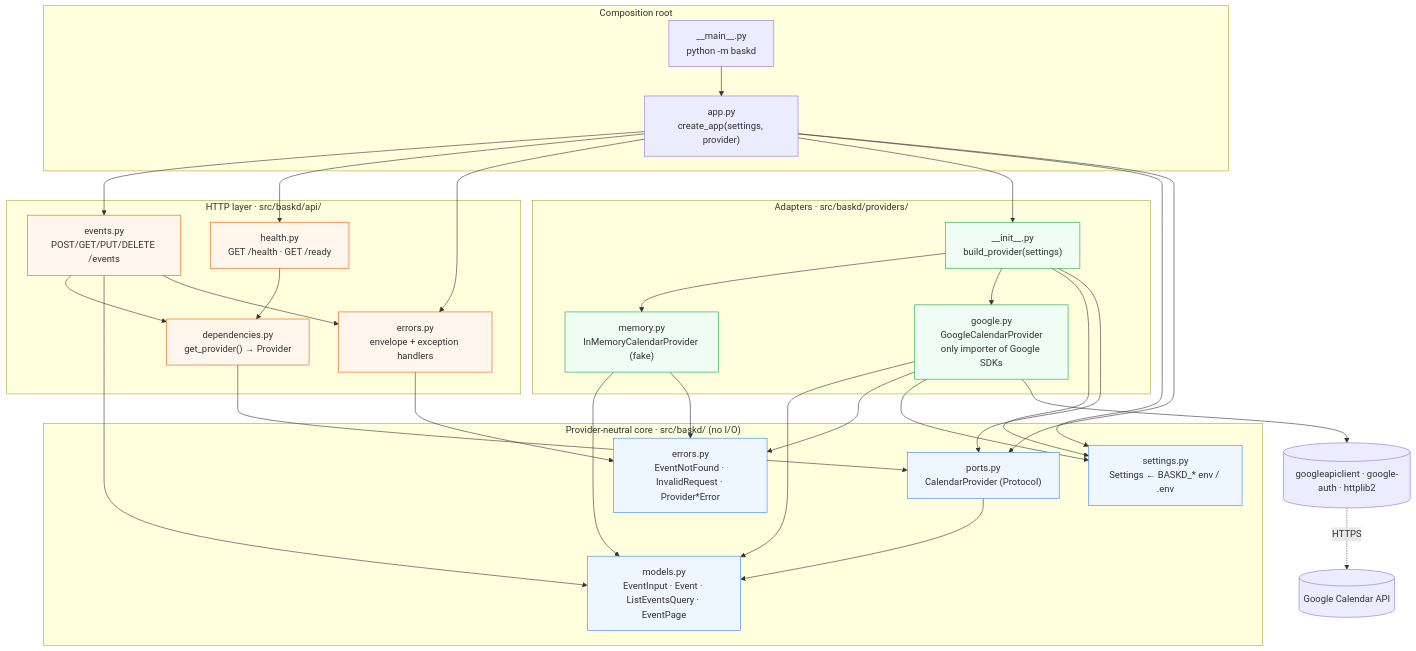
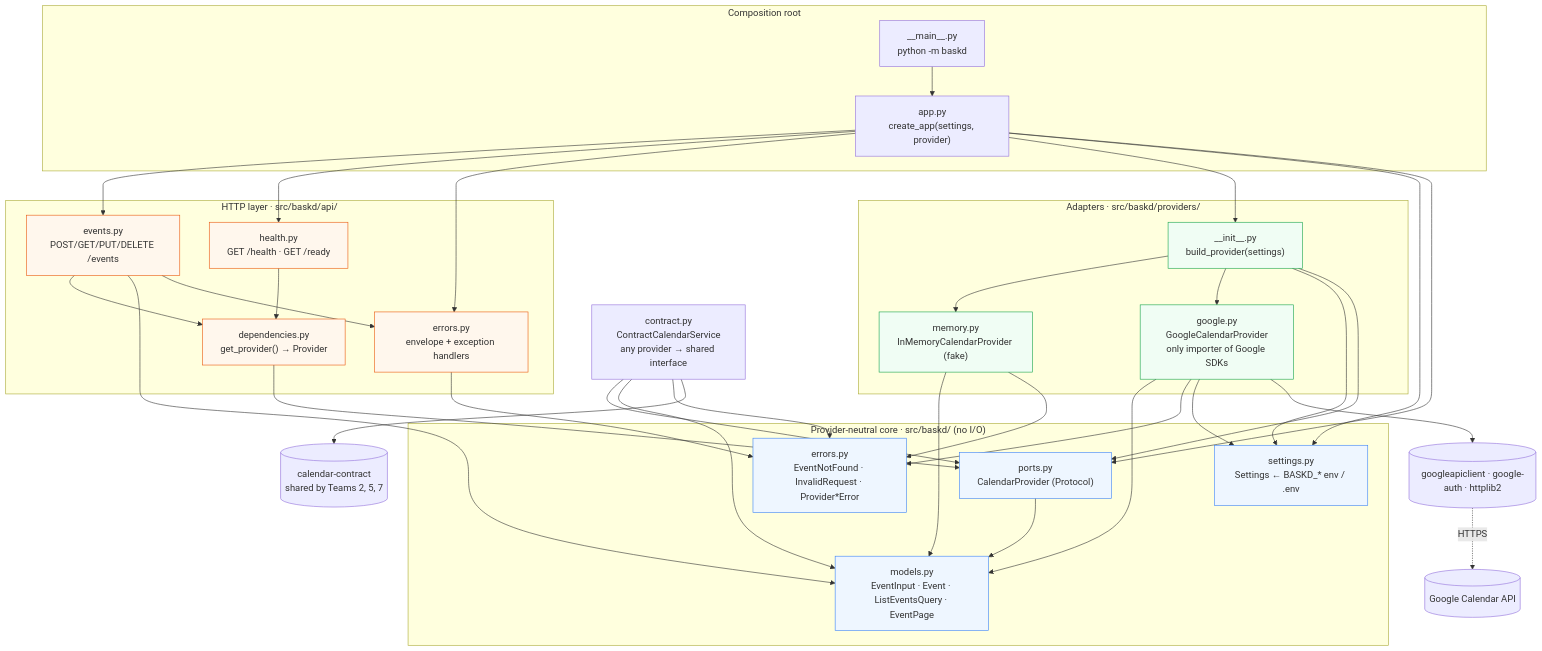
The first of 3 diagrams in docs/ARCHITECTURE.md (samthropic/BASKD), drawn with Mermaid before and after one commit. The commit also changed other lines of this file and 10 other files, not shown here.

First line of the commit message:
Adopt the shared calendar-contract package and its conformance suite (#38)

````diff
--- a/docs/ARCHITECTURE.md
+++ b/docs/ARCHITECTURE.md
@@ -19,49 +19,52 @@
 ```mermaid
 flowchart TB
     subgraph Root["Composition root"]
         Main["__main__.py<br/>python -m baskd"]
         App["app.py<br/>create_app(settings, provider)"]
     end
 
     subgraph HTTP["HTTP layer · src/baskd/api/"]
         Events["events.py<br/>POST/GET/PUT/DELETE /events"]
         Health["health.py<br/>GET /health · GET /ready"]
         Deps["dependencies.py<br/>get_provider() → Provider"]
         ApiErr["errors.py<br/>envelope + exception handlers"]
     end
 
     subgraph Core["Provider-neutral core · src/baskd/ (no I/O)"]
         Models["models.py<br/>EventInput · Event · ListEventsQuery · EventPage"]
         Ports["ports.py<br/>CalendarProvider (Protocol)"]
         Errors["errors.py<br/>EventNotFound · InvalidRequest · Provider*Error"]
         Settings["settings.py<br/>Settings ← BASKD_* env / .env"]
     end
 
     subgraph Adapters["Adapters · src/baskd/providers/"]
         Factory["__init__.py<br/>build_provider(settings)"]
         Memory["memory.py<br/>InMemoryCalendarProvider (fake)"]
         Google["google.py<br/>GoogleCalendarProvider<br/>only importer of Google SDKs"]
     end
 
+    Contract["contract.py<br/>ContractCalendarService<br/>any provider → shared interface"]
+    Shared[("calendar-contract<br/>shared by Teams 2, 5, 7")]
     SDK[("googleapiclient · google-auth · httplib2")]
     GCal[("Google Calendar API")]
 
     Main --> App
     App --> Events & Health & ApiErr & Factory & Settings & Ports
     Events --> Deps & Models & ApiErr
     Health --> Deps
     Deps --> Ports
     ApiErr --> Errors
     Ports --> Models
     Factory --> Memory & Google & Settings & Ports
     Memory --> Models & Errors
     Google --> Models & Errors & Settings & SDK
+    Contract --> Ports & Models & Errors & Shared
     SDK -. HTTPS .-> GCal
 
     classDef core fill:#eef6ff,stroke:#3b82f6;
     classDef adapter fill:#f0fdf4,stroke:#16a34a;
     classDef http fill:#fff7ed,stroke:#ea580c;
     class Models,Ports,Errors,Settings core;
     class Factory,Memory,Google adapter;
     class Events,Health,Deps,ApiErr http;
 ```
````
